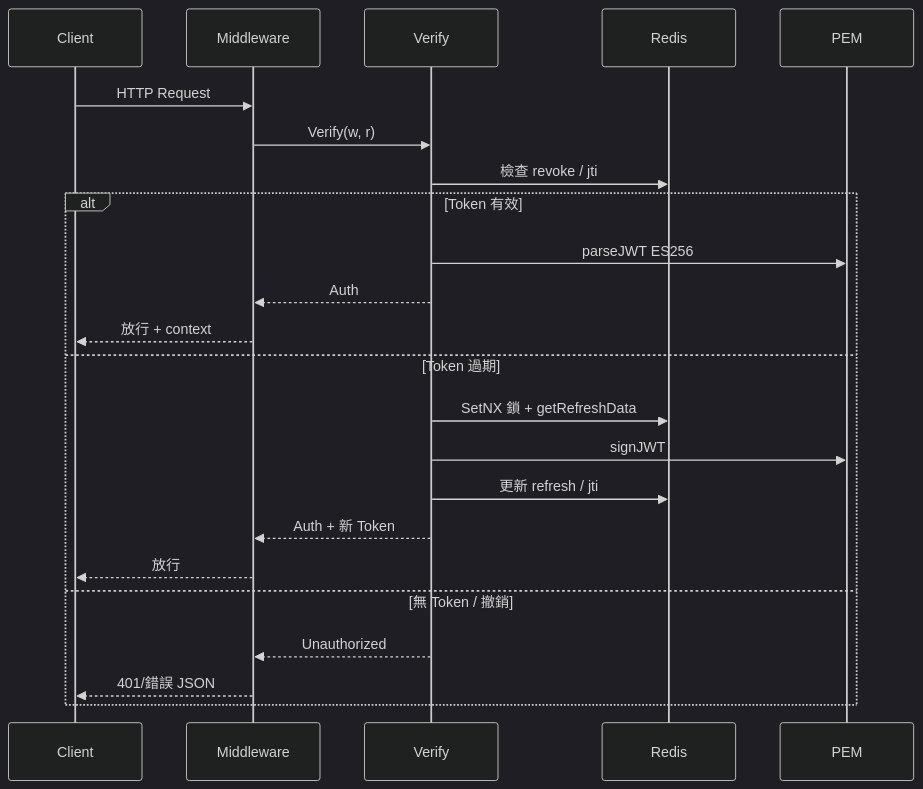
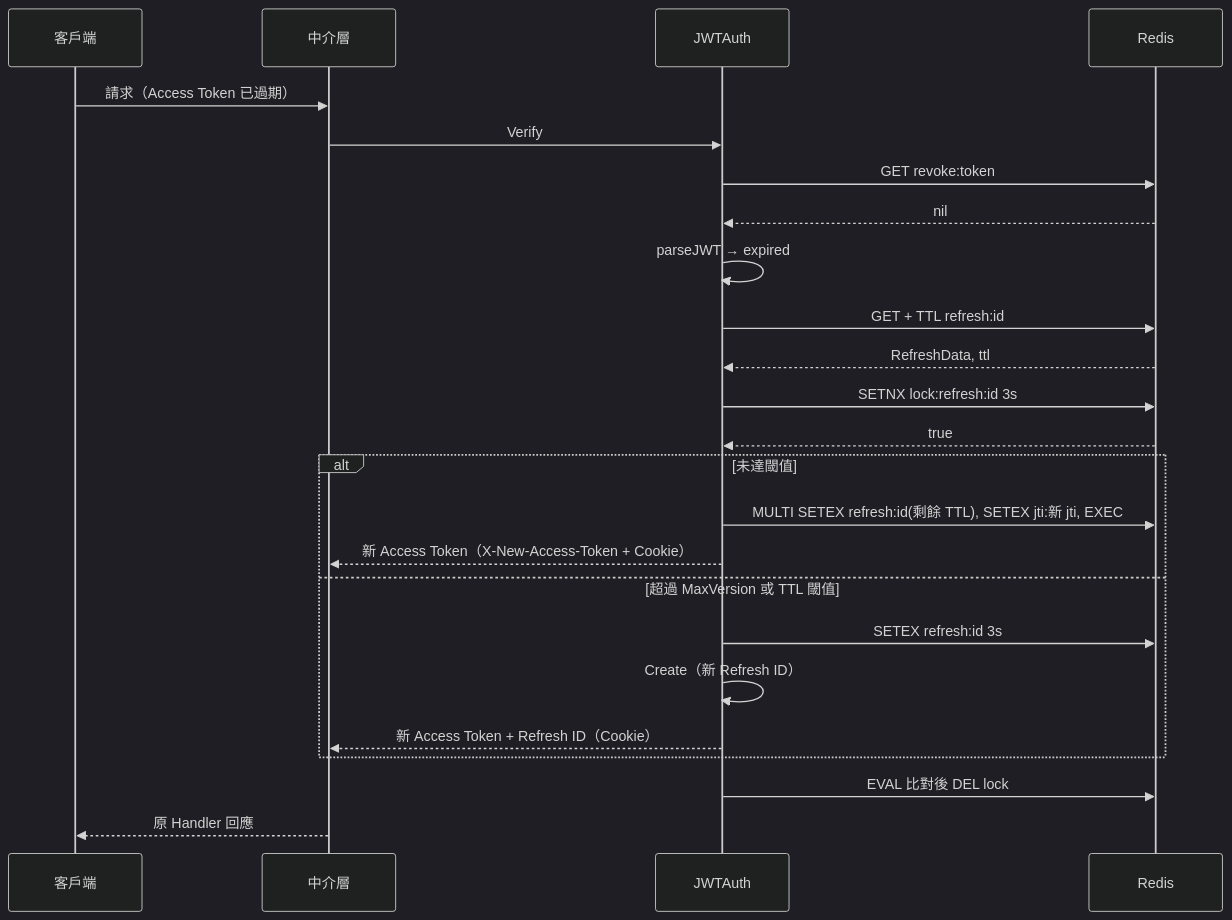
Diagram 11 of 13 in doc/architecture.zh.md (pardnchiu/go-jwt), drawn with Mermaid (dark theme) before and after one commit. The commit also changed other lines of this file and 6 other files, not shown here.

Commit message:
doc: Regenerate bilingual README, technical docs, and architecture diagrams

````diff
--- a/doc/architecture.zh.md
+++ b/doc/architecture.zh.md
@@ -81,25 +301,26 @@
 ```mermaid
 sequenceDiagram
-    participant C as Client
-    participant M as Middleware
-    participant V as Verify
+    participant C as 客戶端
+    participant M as 中介層
+    participant J as JWTAuth
     participant R as Redis
-    participant P as PEM
-    C->>M: HTTP Request
-    M->>V: Verify(w, r)
-    V->>R: 檢查 revoke / jti
-    alt Token 有效
-        V->>P: parseJWT ES256
-        V-->>M: Auth
-        M-->>C: 放行 + context
-    else Token 過期
-        V->>R: SetNX 鎖 + getRefreshData
-        V->>P: signJWT
-        V->>R: 更新 refresh / jti
-        V-->>M: Auth + 新 Token
-        M-->>C: 放行
-    else 無 Token / 撤銷
-        V-->>M: Unauthorized
-        M-->>C: 401/錯誤 JSON
+    C->>M: 請求（Access Token 已過期）
+    M->>J: Verify
+    J->>R: GET revoke:token
+    R-->>J: nil
+    J->>J: parseJWT → expired
+    J->>R: GET + TTL refresh:id
+    R-->>J: RefreshData, ttl
+    J->>R: SETNX lock:refresh:id 3s
+    R-->>J: true
+    alt 未達閾值
+        J->>R: MULTI SETEX refresh:id(剩餘 TTL), SETEX jti:新 jti, EXEC
+        J-->>M: 新 Access Token（X-New-Access-Token + Cookie）
+    else 超過 MaxVersion 或 TTL 閾值
+        J->>R: SETEX refresh:id 3s
+        J->>J: Create（新 Refresh ID）
+        J-->>M: 新 Access Token + Refresh ID（Cookie）
     end
+    J->>R: EVAL 比對後 DEL lock
+    M-->>C: 原 Handler 回應
 ```
````
